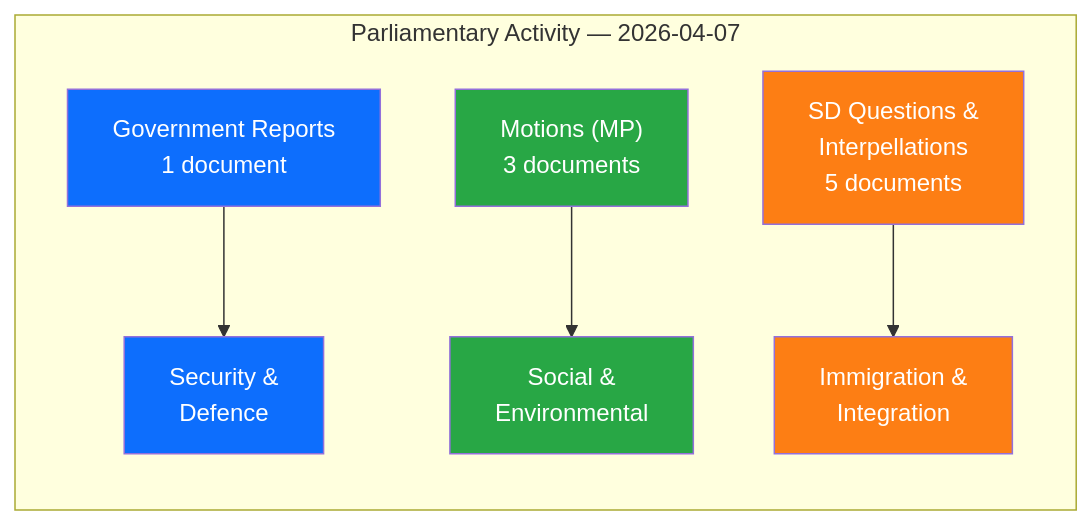
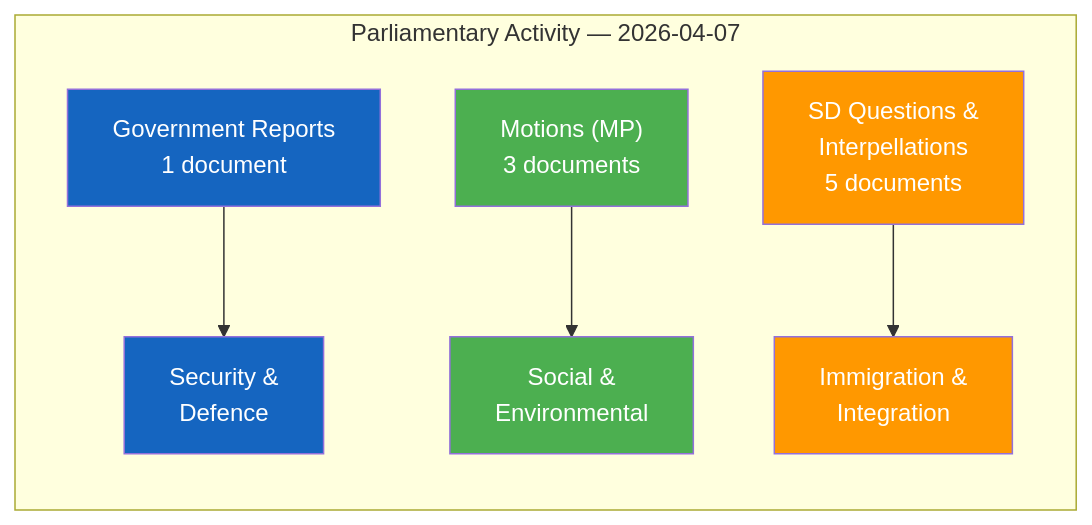
Before and after one commit to Hack23/riksdagsmonitor: the diagram in analysis/daily/2026-04-07/evening-analysis/synthesis-summary.md, drawn with Mermaid. The commit also changed 785 other files, not shown here.

First line of the commit message:
Normalize mermaid colors across 786 analysis artifacts to ISMS Style Guide palette

````diff
--- a/analysis/daily/2026-04-07/evening-analysis/synthesis-summary.md
+++ b/analysis/daily/2026-04-07/evening-analysis/synthesis-summary.md
@@ -15,14 +15,14 @@
 ```mermaid
 graph LR
     subgraph "Parliamentary Activity — 2026-04-07"
         A["Government Reports<br/>1 document"] --> D["Security &<br/>Defence"]
         B["Motions (MP)<br/>3 documents"] --> E["Social &<br/>Environmental"]
         C["SD Questions &<br/>Interpellations<br/>5 documents"] --> F["Immigration &<br/>Integration"]
     end
-    style A fill:#0d6efd,color:#fff
-    style B fill:#28a745,color:#fff
-    style C fill:#fd7e14,color:#fff
-    style D fill:#0d6efd,color:#fff
-    style E fill:#28a745,color:#fff
-    style F fill:#fd7e14,color:#fff
+    style A fill:#1565C0,color:#FFFFFF
+    style B fill:#4CAF50,color:#FFFFFF
+    style C fill:#FF9800,color:#FFFFFF
+    style D fill:#1565C0,color:#FFFFFF
+    style E fill:#4CAF50,color:#FFFFFF
+    style F fill:#FF9800,color:#FFFFFF
 ```
````
